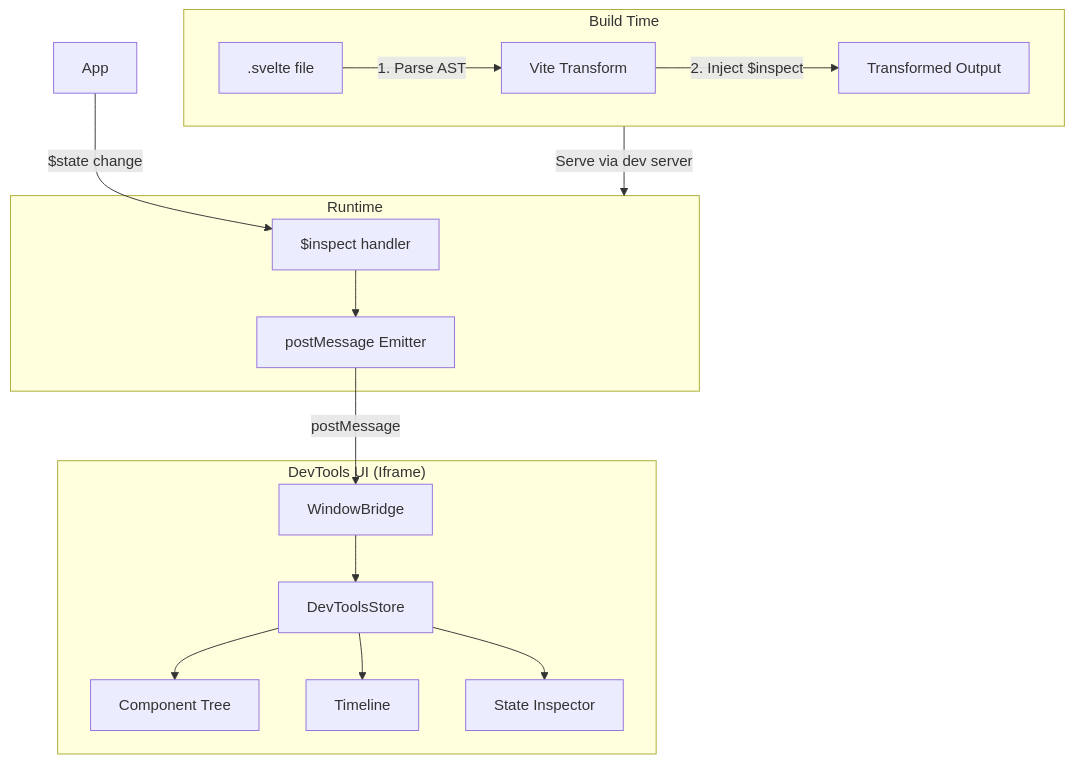
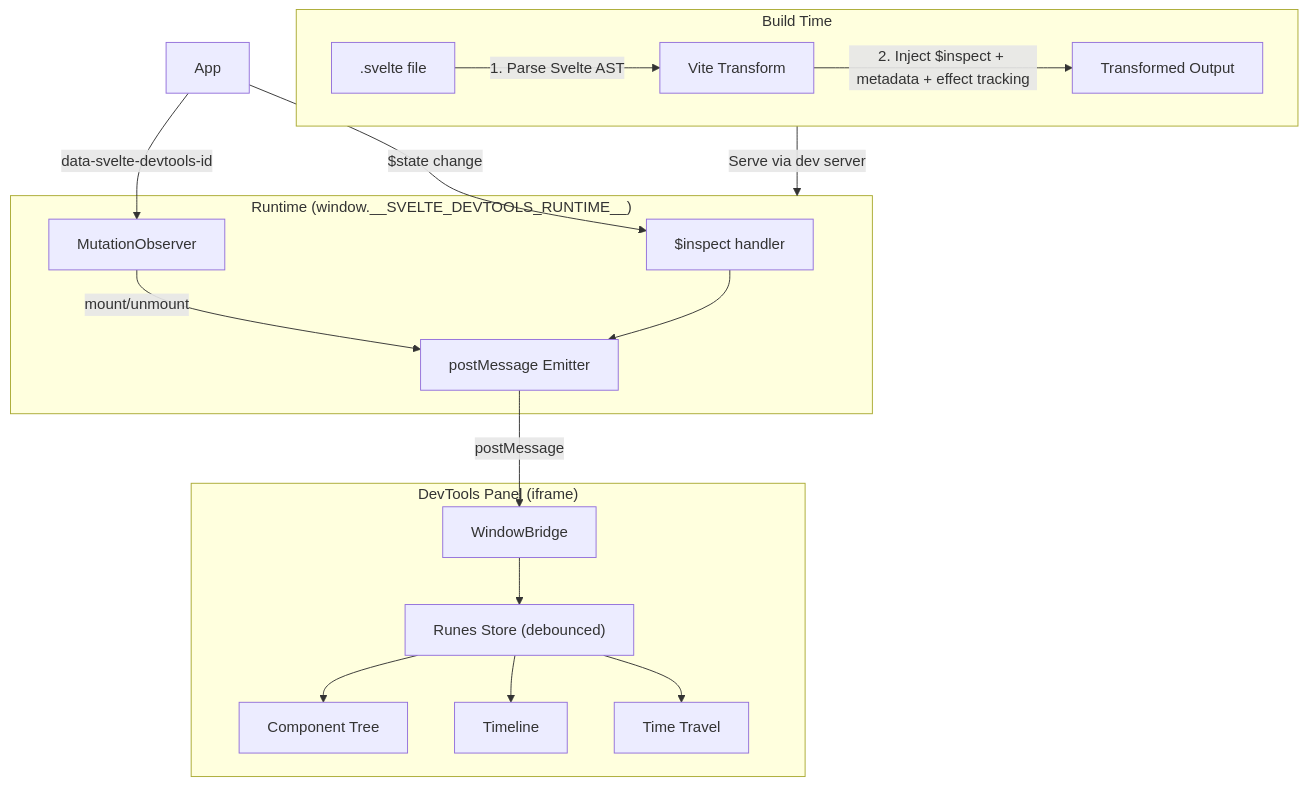
One commit to fsodano/svelte-devtools changed the first of 3 diagrams in docs/01_architecture.md. Above: the diagram before and after it, drawn with Mermaid. The commit also changed other lines of this file and 26 other files, not shown here.

````diff
--- a/docs/01_architecture.md
+++ b/docs/01_architecture.md
@@ -19,29 +19,32 @@
 ```mermaid
 flowchart TB
     subgraph Build["Build Time"]
-        SF[".svelte file"] -->|"1. Parse AST"| VT["Vite Transform"]
-        VT -->|"2. Inject $inspect"| TO["Transformed Output"]
+        SF[".svelte file"] -->|"1. Parse Svelte AST"| VT["Vite Transform"]
+        VT -->|"2. Inject $inspect + metadata + effect tracking"| TO["Transformed Output"]
     end
 
-    subgraph Runtime["Runtime"]
+    subgraph Runtime["Runtime (window.__SVELTE_DEVTOOLS_RUNTIME__)"]
         HS["$inspect handler"]
+        MO["MutationObserver"]
         PM["postMessage Emitter"]
     end
 
-    subgraph UI["DevTools UI (Iframe)"]
+    subgraph UI["DevTools Panel (iframe)"]
         WB["WindowBridge"]
-        Store["DevToolsStore"]
+        Store["Runes Store (debounced)"]
         CT["Component Tree"]
         TL["Timeline"]
-        SI["State Inspector"]
+        TT["Time Travel"]
     end
 
     Build -->|"Serve via dev server"| Runtime
     App -->|"$state change"| HS
+    App -->|"data-svelte-devtools-id"| MO
+    MO -->|"mount/unmount"| PM
     HS --> PM
     PM -->|"postMessage"| WB
     WB --> Store
     Store --> CT
     Store --> TL
-    Store --> SI
+    Store --> TT
 ```
````
